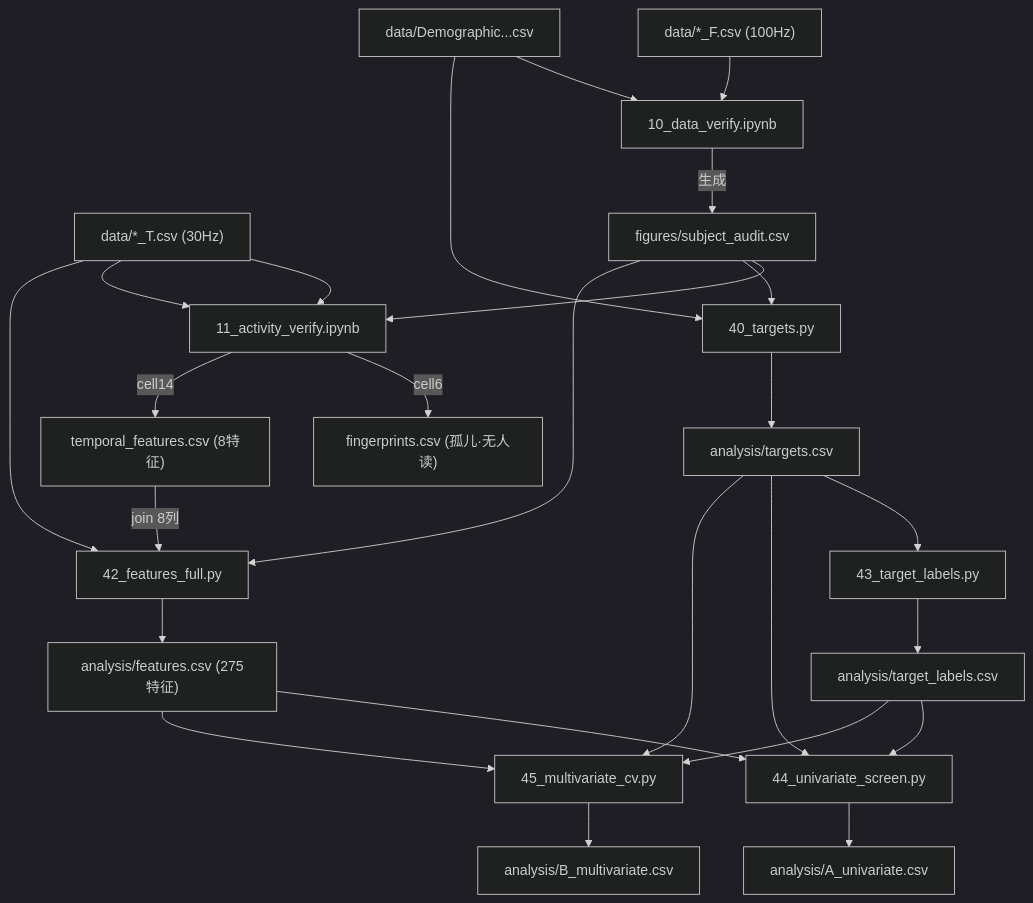
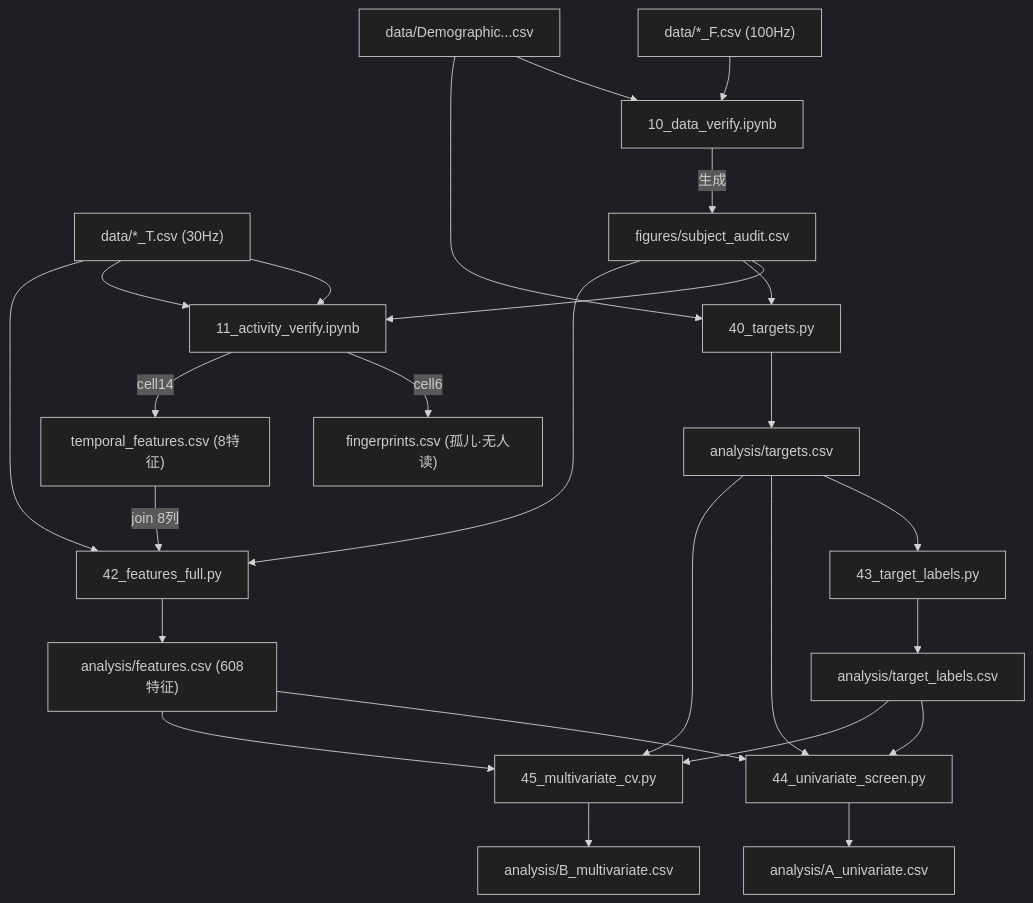
Before and after one commit to flyingfish27/adhd-segmentation: the diagram in INVENTORY.md, drawn with Mermaid (dark theme). The commit also changed other lines of this file and 2 other files, not shown here.

````diff
--- a/INVENTORY.md
+++ b/INVENTORY.md
@@ -84,35 +84,35 @@
 ```mermaid
 graph TD
   RAW["data/*_T.csv (30Hz)"] --> NB11A
   RAWF["data/*_F.csv (100Hz)"] --> NB10D
   CLIN["data/Demographic...csv"] --> NB10D
   CLIN --> P40
 
   NB10D["10_data_verify.ipynb"] -->|生成| AUDIT["figures/subject_audit.csv"]
 
   RAW --> NB11A["11_activity_verify.ipynb"]
   AUDIT --> NB11A
   NB11A -->|cell6| FP["fingerprints.csv (孤儿·无人读)"]
   NB11A -->|cell14| TF["temporal_features.csv (8特征)"]
 
   AUDIT --> P40["40_targets.py"]
   P40 --> TGT["analysis/targets.csv"]
 
   RAW --> P42["42_features_full.py"]
   AUDIT --> P42
   TF -->|join 8列| P42
-  P42 --> FEAT["analysis/features.csv (275特征)"]
+  P42 --> FEAT["analysis/features.csv (608特征)"]
 
   TGT --> P43["43_target_labels.py"]
   P43 --> LAB["analysis/target_labels.csv"]
 
   FEAT --> P44["44_univariate_screen.py"]
   TGT --> P44
   LAB --> P44
   P44 --> A["analysis/A_univariate.csv"]
 
   FEAT --> P45["45_multivariate_cv.py"]
   TGT --> P45
   LAB --> P45
   P45 --> B["analysis/B_multivariate.csv"]
 ```
````
